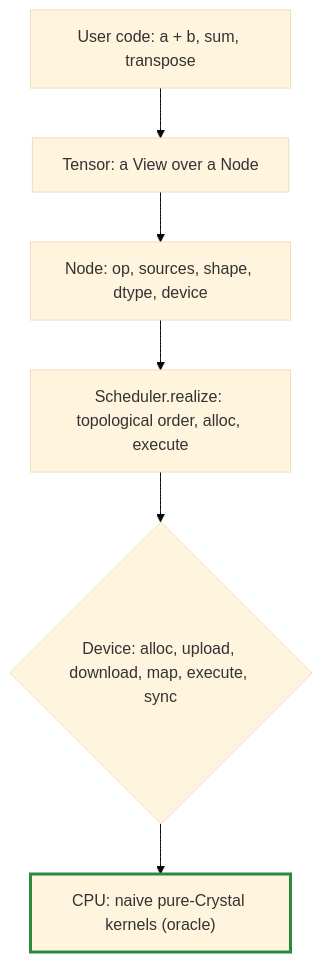
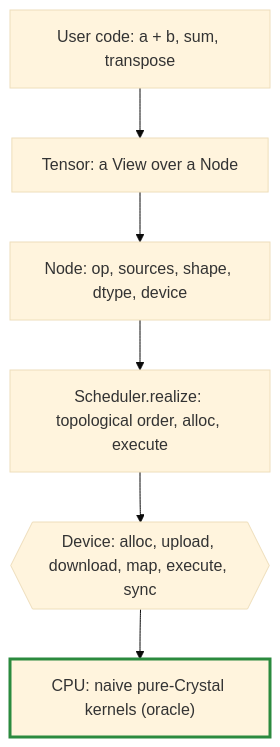
The first of 9 diagrams in DESIGN.md (nogginly/tensomite.cr), drawn with Mermaid (base theme) before and after one commit. The commit also changed other lines of this file and 1 other file, not shown here.

Commit message:
Format tables and use `{{cond}}` for conditions in flow diagrams

````diff
--- a/DESIGN.md
+++ b/DESIGN.md
@@ -9,9 +9,9 @@
 ```mermaid
 flowchart TD
     User["User code: a + b, sum, transpose"] --> Tensor["Tensor: a View over a Node"]
     Tensor --> Node["Node: op, sources, shape, dtype, device"]
     Node --> Sched["Scheduler.realize: topological order, alloc, execute"]
-    Sched --> Iface{"Device: alloc, upload, download, map, execute, sync"}
+    Sched --> Iface{{"Device: alloc, upload, download, map, execute, sync"}}
     Iface --> CPU["CPU: naive pure-Crystal kernels (oracle)"]
     style CPU stroke:#2b8a3e,stroke-width:3px
 ```
````
